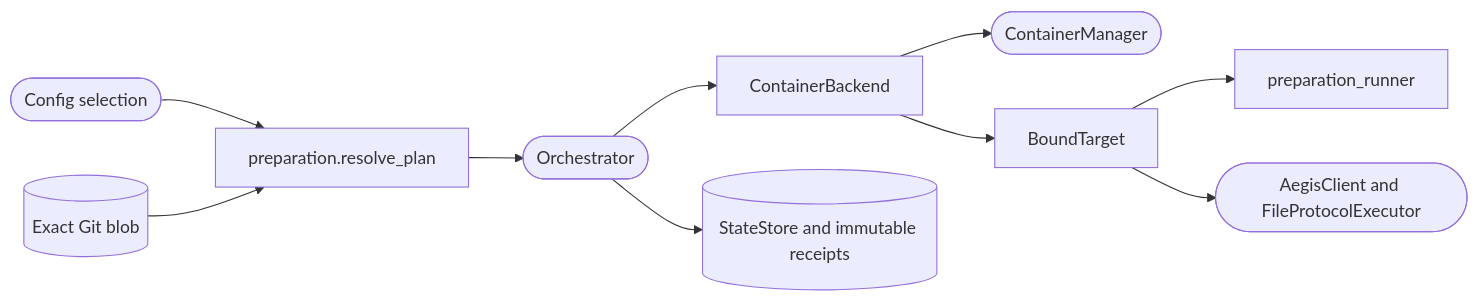
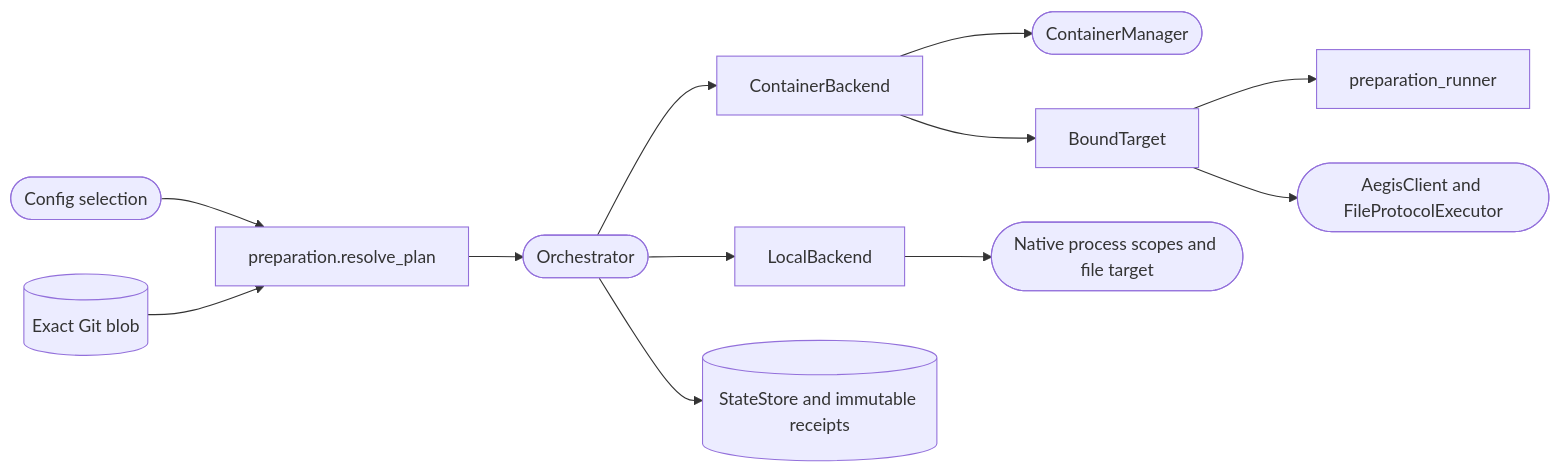
One commit to DDP-Engineering/AgenticDeliveryOrchestratorRuntimeEngine changed the diagram in .agentic/knowledge/execution.md. Above: the diagram before and after it, drawn with Mermaid. The commit also changed other lines of this file and 85 other files, not shown here.

First line of the commit message:
feat: add native local executor backend for Gitea #21

````diff
--- a/.agentic/knowledge/execution.md
+++ b/.agentic/knowledge/execution.md
@@ -40,12 +46,14 @@
 ```mermaid
 flowchart LR
     Profile([Config selection]) --> Plan[preparation.resolve_plan]
     Blob[(Exact Git blob)] --> Plan
     Plan --> Conductor([Orchestrator])
     Conductor --> Backend[ContainerBackend]
     Backend --> Runtime([ContainerManager])
+    Conductor --> Native[LocalBackend]
+    Native --> Owned([Native process scopes and file target])
     Conductor --> Evidence[(StateStore and immutable receipts)]
     Backend --> Bound[BoundTarget]
     Bound --> Runner[preparation_runner]
     Bound --> Gates([AegisClient and FileProtocolExecutor])
 ```
````
